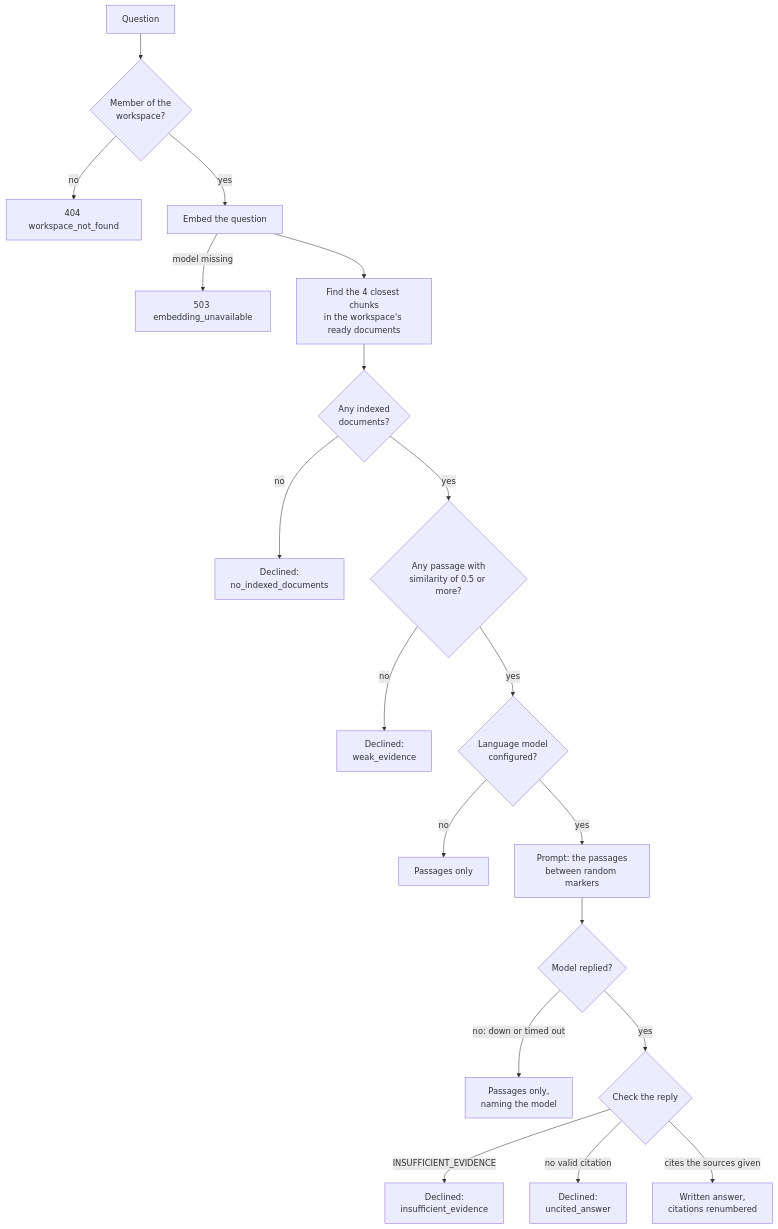
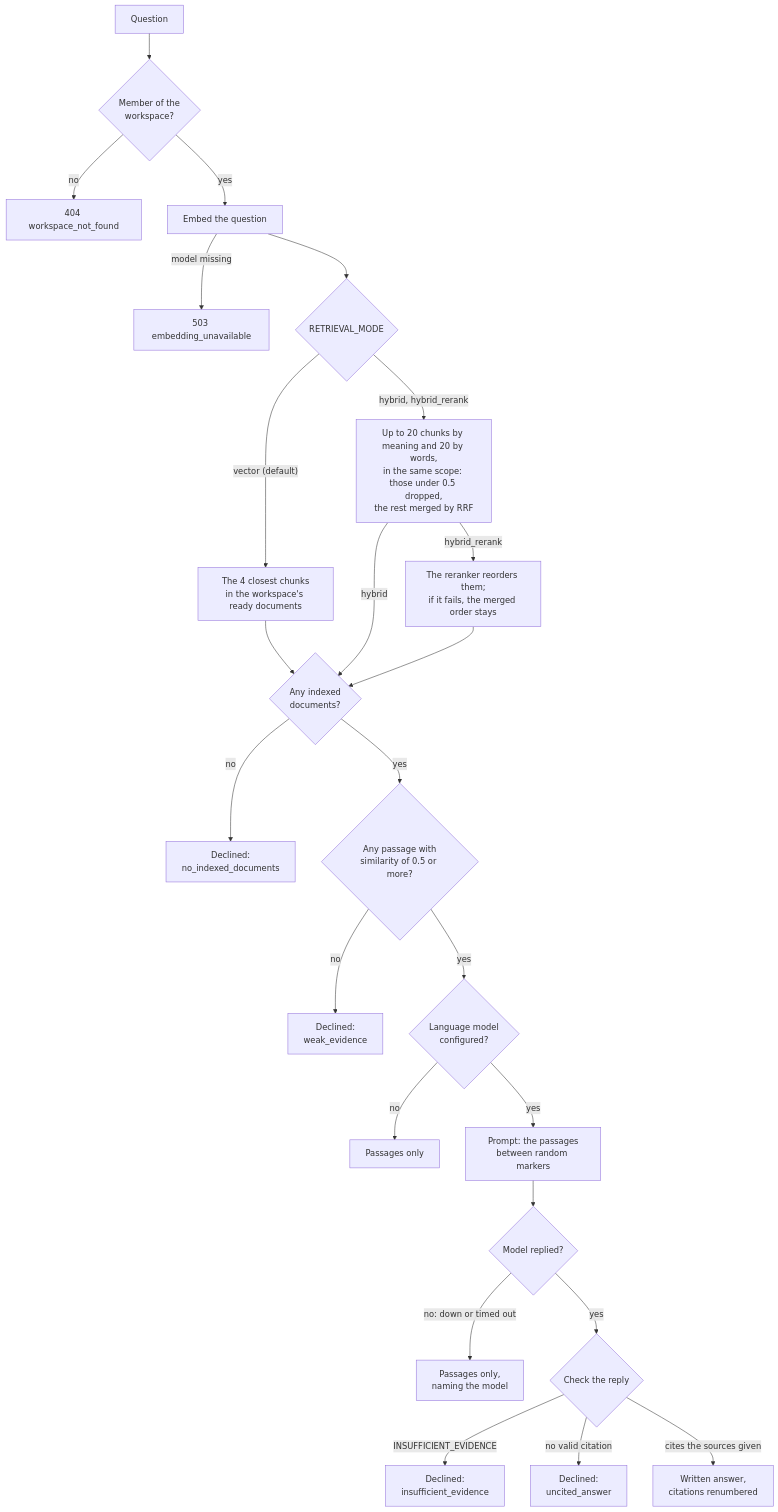
The fourth of 5 diagrams in docs/architecture/README.md (tatpudiarvind/evidence-backed-knowledge-assistant), drawn with Mermaid before and after one commit. The commit also changed other lines of this file and 19 other files, not shown here.

````diff
--- a/docs/architecture/README.md
+++ b/docs/architecture/README.md
@@ -161,21 +161,26 @@
 ```mermaid
 flowchart TD
     Q["Question"] --> Member{"Member of the<br/>workspace?"}
     Member -->|no| NotFound["404 workspace_not_found"]
     Member -->|yes| Embed["Embed the question"]
     Embed -->|model missing| Unavailable["503 embedding_unavailable"]
-    Embed --> Search["Find the 4 closest chunks<br/>in the workspace's ready documents"]
+    Embed --> Mode{"RETRIEVAL_MODE"}
+    Mode -->|"vector (default)"| Search["The 4 closest chunks<br/>in the workspace's ready documents"]
     Search --> Indexed{"Any indexed<br/>documents?"}
+    Mode -->|"hybrid, hybrid_rerank"| Hybrid["Up to 20 chunks by meaning and 20 by words,<br/>in the same scope: those under 0.5 dropped,<br/>the rest merged by RRF"]
+    Hybrid -->|hybrid| Indexed
+    Hybrid -->|hybrid_rerank| Rerank["The reranker reorders them;<br/>if it fails, the merged order stays"]
+    Rerank --> Indexed
     Indexed -->|no| NoDocs["Declined:<br/>no_indexed_documents"]
     Indexed -->|yes| Close{"Any passage with<br/>similarity of 0.5 or more?"}
     Close -->|no| Weak["Declined:<br/>weak_evidence"]
     Close -->|yes| HasModel{"Language model<br/>configured?"}
     HasModel -->|no| Passages["Passages only"]
     HasModel -->|yes| Prompt["Prompt: the passages<br/>between random markers"]
     Prompt --> Replied{"Model replied?"}
     Replied -->|"no: down or timed out"| PassagesNamed["Passages only,<br/>naming the model"]
     Replied -->|yes| Check{"Check the reply"}
     Check -->|INSUFFICIENT_EVIDENCE| Insufficient["Declined:<br/>insufficient_evidence"]
     Check -->|"no valid citation"| Uncited["Declined:<br/>uncited_answer"]
     Check -->|"cites the sources given"| Generated["Written answer,<br/>citations renumbered"]
 ```
````
